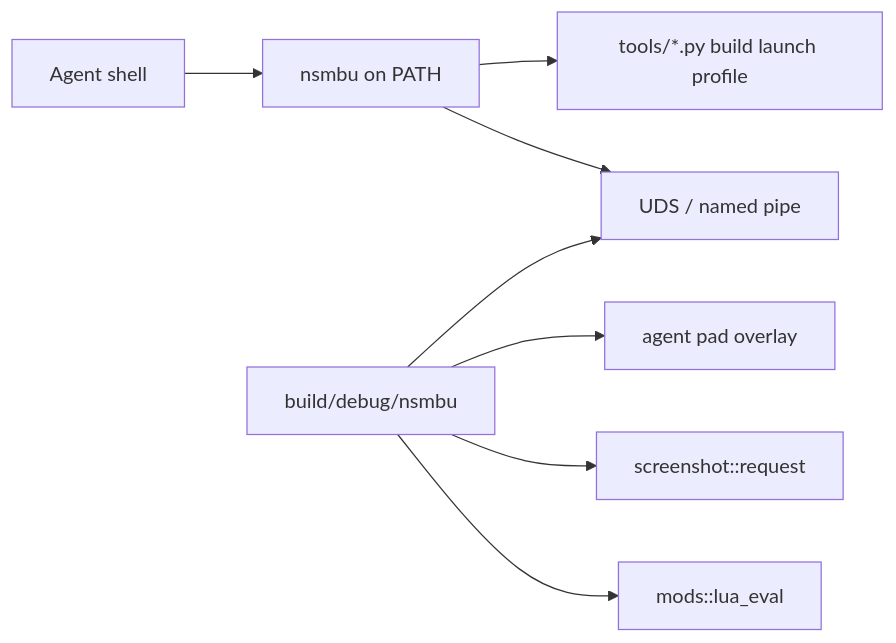
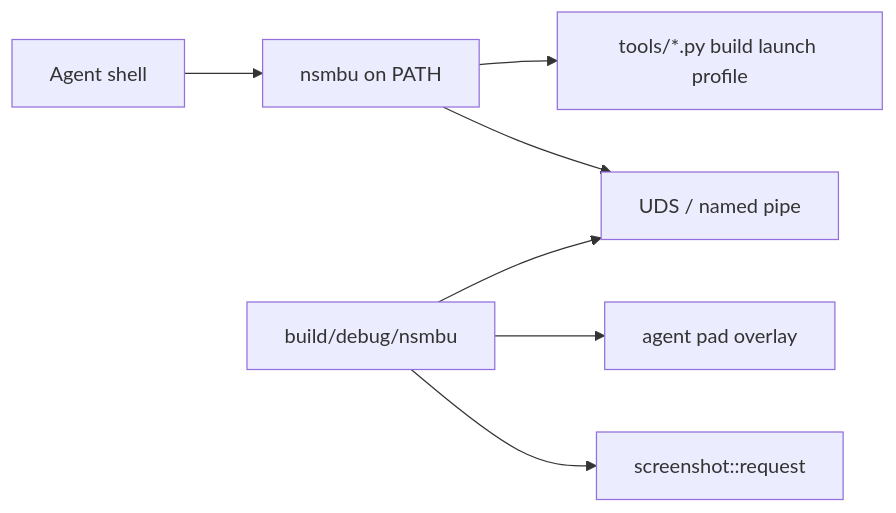
One commit to alayhayali/nsmbu-recomp changed the diagram in docs/cli.md. Above: the diagram before and after it, drawn with Mermaid. The commit also changed other lines of this file and 5 other files, not shown here.

````diff
--- a/docs/cli.md
+++ b/docs/cli.md
@@ -40,10 +41,9 @@
 ```mermaid
 flowchart LR
   Agent["Agent shell"] --> CLI["nsmbu on PATH"]
   CLI --> Tools["tools/*.py build launch profile"]
   CLI --> Sock["UDS / named pipe"]
   Game["build/debug/nsmbu"] --> Sock
   Game --> Input["agent pad overlay"]
   Game --> Shot["screenshot::request"]
-  Game --> Eval["mods::lua_eval"]
 ```
````
